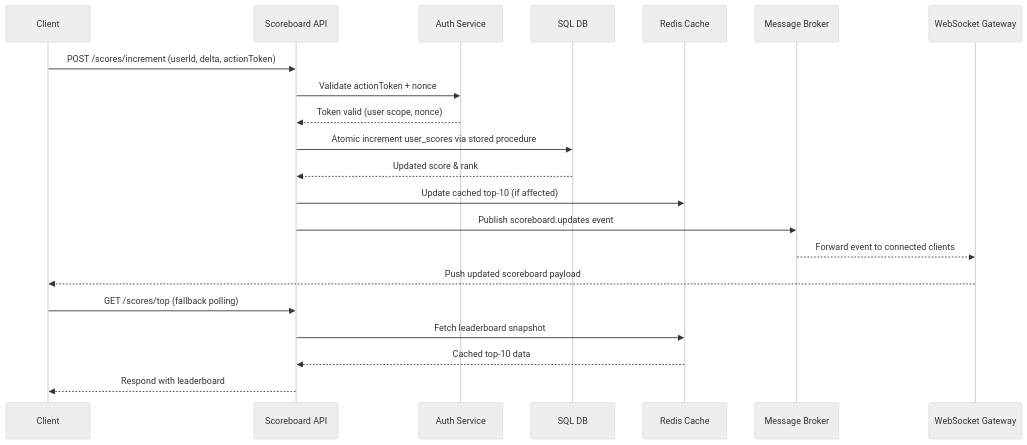
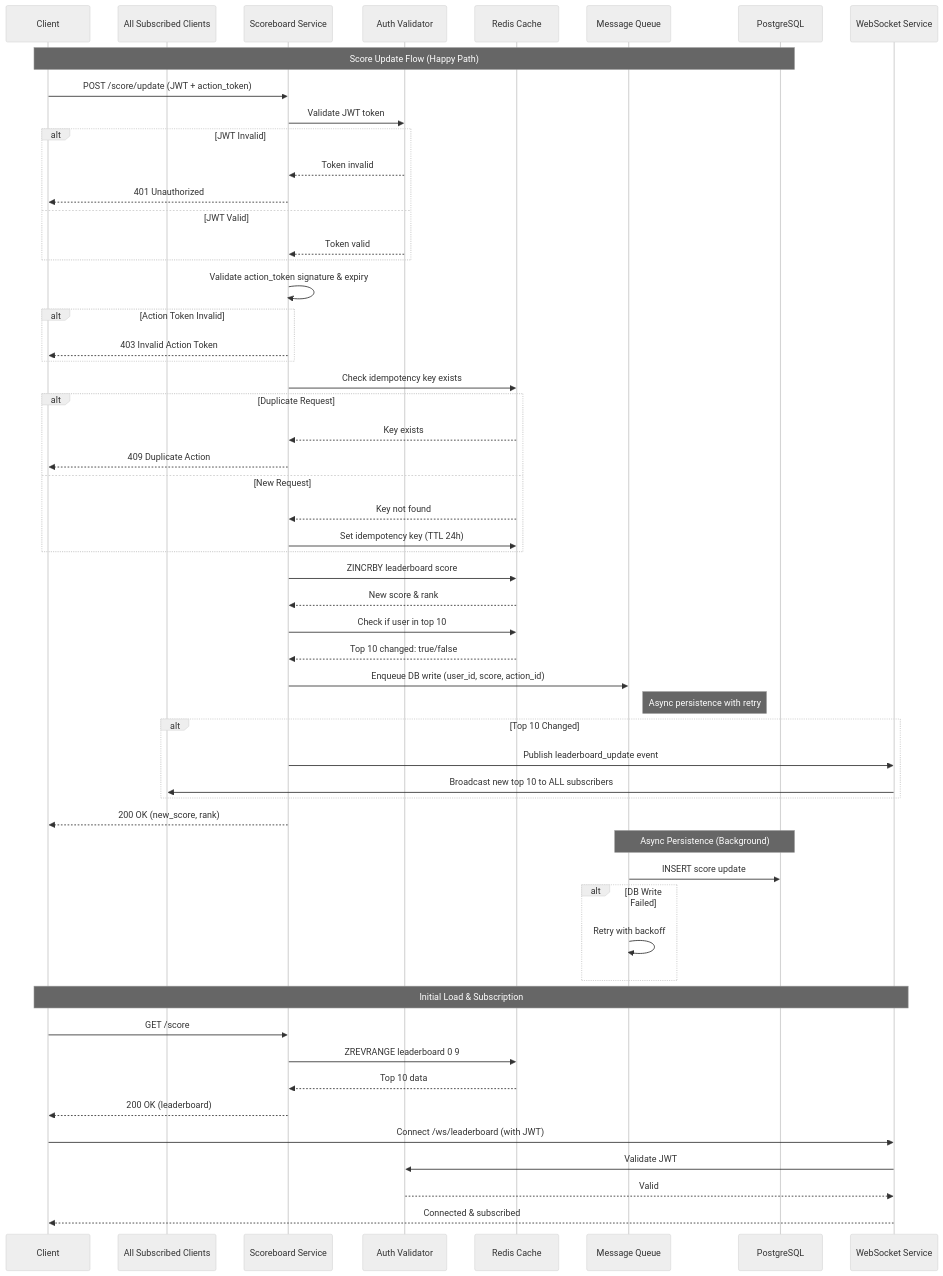
The diagram in src/problem6/README.md (KyawThet23/code-challenge), drawn with Mermaid (neutral theme) before and after one commit. The commit also changed other lines of this file, not shown here.

````diff
--- a/src/problem6/README.md
+++ b/src/problem6/README.md
@@ -68,24 +121,68 @@
 ```mermaid
 sequenceDiagram
     participant Client
-    participant API as Scoreboard API
-    participant Auth as Auth Service
-    participant DB as SQL DB
+    participant Subscribers as All Subscribed Clients
+    participant Service as Scoreboard Service
+    participant Auth as Auth Validator
     participant Cache as Redis Cache
-    participant Bus as Message Broker
-    participant WS as WebSocket Gateway
+    participant Queue as Message Queue
+    participant DB as PostgreSQL
+    participant WS as WebSocket Service
 
-    Client->>API: POST /scores/increment (userId, delta, actionToken)
-    API->>Auth: Validate actionToken + nonce
-    Auth-->>API: Token valid (user scope, nonce)
-    API->>DB: Atomic increment user_scores via stored procedure
-    DB-->>API: Updated score & rank
-    API->>Cache: Update cached top-10 (if affected)
-    API->>Bus: Publish scoreboard.updates event
-    Bus-->>WS: Forward event to connected clients
-    WS-->>Client: Push updated scoreboard payload
-    Client->>API: GET /scores/top (fallback polling)
-    API->>Cache: Fetch leaderboard snapshot
-    Cache-->>API: Cached top-10 data
-    API-->>Client: Respond with leaderboard
+    Note over Client,DB: Score Update Flow (Happy Path)
+    Client->>Service: POST /score/update (JWT + action_token)
+    
+    Service->>Auth: Validate JWT token
+    alt JWT Invalid
+        Auth-->>Service: Token invalid
+        Service-->>Client: 401 Unauthorized
+    else JWT Valid
+        Auth-->>Service: Token valid
+    end
+
+    Service->>Service: Validate action_token signature & expiry
+    alt Action Token Invalid
+        Service-->>Client: 403 Invalid Action Token
+    end
+
+    Service->>Cache: Check idempotency key exists
+    alt Duplicate Request
+        Cache-->>Service: Key exists
+        Service-->>Client: 409 Duplicate Action
+    else New Request
+        Cache-->>Service: Key not found
+        Service->>Cache: Set idempotency key (TTL 24h)
+    end
+
+    Service->>Cache: ZINCRBY leaderboard score
+    Cache-->>Service: New score & rank
+    Service->>Cache: Check if user in top 10
+    Cache-->>Service: Top 10 changed: true/false
+
+    Service->>Queue: Enqueue DB write (user_id, score, action_id)
+    Note right of Queue: Async persistence with retry
+
+    alt Top 10 Changed
+        Service->>WS: Publish leaderboard_update event
+        WS->>Subscribers: Broadcast new top 10 to ALL subscribers
+    end
+
+    Service-->>Client: 200 OK (new_score, rank)
+
+    Note over Queue,DB: Async Persistence (Background)
+    Queue->>DB: INSERT score update
+    alt DB Write Failed
+        Queue->>Queue: Retry with backoff
+    end
+
+    Note over Client,WS: Initial Load & Subscription
+    Client->>Service: GET /score
+    Service->>Cache: ZREVRANGE leaderboard 0 9
+    Cache-->>Service: Top 10 data
+    Service-->>Client: 200 OK (leaderboard)
+    
+    Client->>WS: Connect /ws/leaderboard (with JWT)
+    WS->>Auth: Validate JWT
+    Auth-->>WS: Valid
+    WS-->>Client: Connected & subscribed
 ```
````
